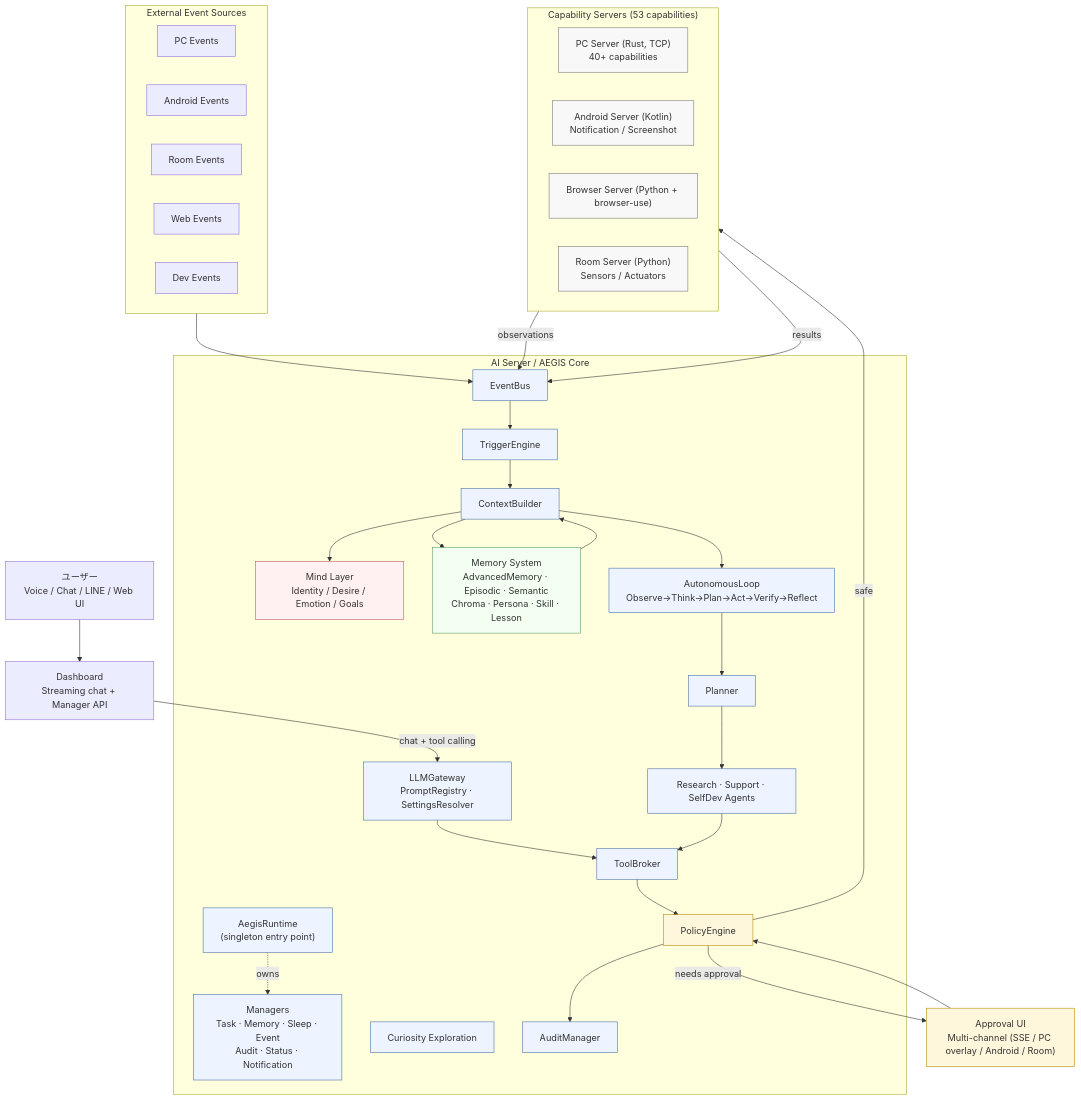
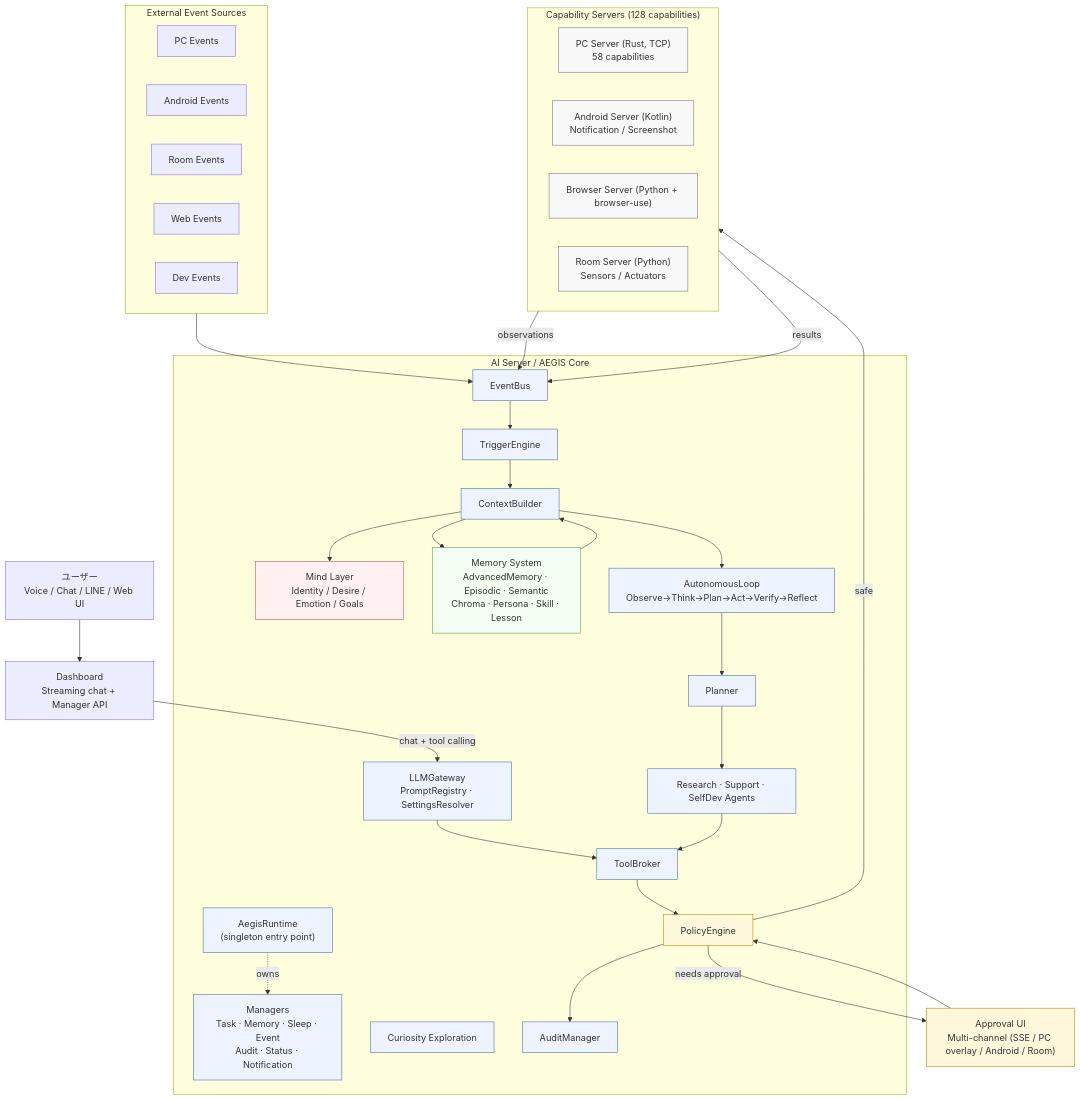
One commit to Kohaku912/AEGIS changed the first of 3 diagrams in docs/architecture.md. Above: the diagram before and after it, drawn with Mermaid. The commit also changed other lines of this file and 724 other files, not shown here.

````diff
--- a/docs/architecture.md
+++ b/docs/architecture.md
@@ -29,78 +34,78 @@
 ```mermaid
 flowchart TB
     %% User Interfaces
     U["ユーザー<br/>Voice / Chat / LINE / Web UI"]
     DashUI["Dashboard<br/>Streaming chat + Manager API"]
     ApprovalUI["Approval UI<br/>Multi-channel (SSE / PC overlay / Android / Room)"]
 
     %% Event Sources
     subgraph EventSources["External Event Sources"]
         PCEvents["PC Events"]
         AndroidEvents["Android Events"]
         RoomEvents["Room Events"]
         WebEvents["Web Events"]
         DevEvents["Dev Events"]
     end
 
     %% Core
     subgraph Core["AI Server / AEGIS Core"]
         Runtime["AegisRuntime<br/>(singleton entry point)"]
         Managers["Managers<br/>Task · Memory · Sleep · Event<br/>Audit · Status · Notification"]
         EventBus["EventBus"]
         TriggerEngine["TriggerEngine"]
         ContextBuilder["ContextBuilder"]
         Mind["Mind Layer<br/>Identity / Desire / Emotion / Goals"]
         Memory["Memory System<br/>AdvancedMemory · Episodic · Semantic<br/>Chroma · Persona · Skill · Lesson"]
         AutonomousLoop["AutonomousLoop<br/>Observe→Think→Plan→Act→Verify→Reflect"]
         Planner["Planner"]
         Curiosity["Curiosity Exploration"]
         Agents["Research · Support · SelfDev Agents"]
         LLMGateway["LLMGateway<br/>PromptRegistry · SettingsResolver"]
         ToolBroker["ToolBroker"]
         Policy["PolicyEngine"]
         AuditLog["AuditManager"]
     end
 
     %% Servers
-    subgraph Servers["Capability Servers (53 capabilities)"]
-        PCServer["PC Server (Rust, TCP)<br/>40+ capabilities"]
+    subgraph Servers["Capability Servers (128 capabilities)"]
+        PCServer["PC Server (Rust, TCP)<br/>58 capabilities"]
         AndroidServer["Android Server (Kotlin)<br/>Notification / Screenshot"]
         BrowserServer["Browser Server (Python + browser-use)"]
         RoomServer["Room Server (Python)<br/>Sensors / Actuators"]
     end
 
     %% Data Flow
     U --> DashUI
     DashUI -->|chat + tool calling| LLMGateway
     LLMGateway --> ToolBroker
     EventSources --> EventBus
     EventBus --> TriggerEngine
     TriggerEngine --> ContextBuilder
     ContextBuilder --> Mind
     ContextBuilder --> Memory
     ContextBuilder --> AutonomousLoop
     Memory --> ContextBuilder
     Servers -->|observations| EventBus
     AutonomousLoop --> Planner --> Agents
     Agents --> ToolBroker
     ToolBroker --> Policy
     Policy -->|safe| Servers
     Policy -->|needs approval| ApprovalUI
     ApprovalUI --> Policy
     Servers -->|results| EventBus
     Policy --> AuditLog
     Runtime -.->|owns| Managers
 
     classDef core fill:#eef4ff,stroke:#4a6fa5
     classDef mind fill:#fff1f1,stroke:#b85c5c
     classDef memory fill:#f3fff1,stroke:#5c9b5c
     classDef server fill:#f8f8f8,stroke:#777
     classDef risk fill:#fff7dc,stroke:#b58a00
     classDef runtime fill:#f0e6ff,stroke:#7b4fa0
 
     class Runtime,Managers,EventBus,TriggerEngine,ContextBuilder,AutonomousLoop,Planner,Curiosity,Agents,ToolBroker,AuditLog,LLMGateway core
     class Mind mind
     class Memory memory
     class PCServer,AndroidServer,BrowserServer,RoomServer server
     class Policy,ApprovalUI risk
 ```
````
